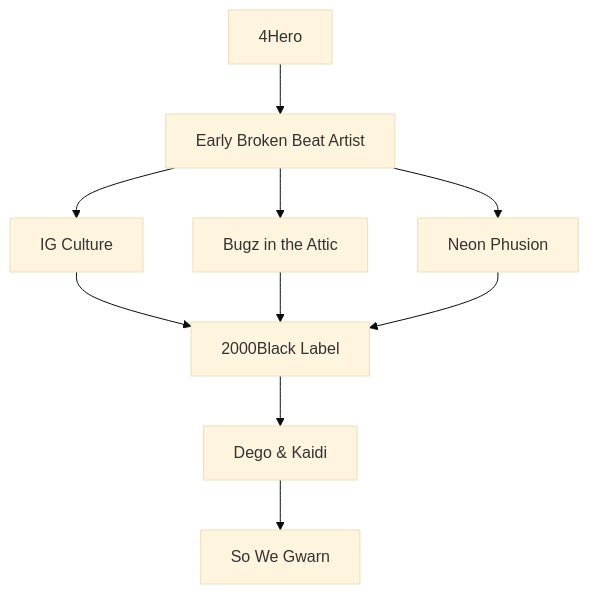
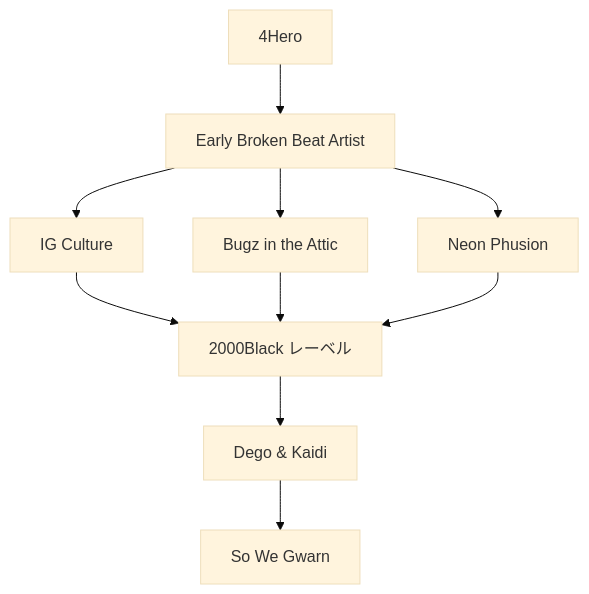
The first of 4 diagrams in en/_posts/2025-11-28-column-dego-kaidi-so-we-gwarn.md (monumental-movement/monumental-movement.github.io), drawn with Mermaid (base theme) before and after one commit. The commit also changed other lines of this file and 2196 other files, not shown here.

```diff
--- a/en/_posts/2025-11-28-column-dego-kaidi-so-we-gwarn.md
+++ b/en/_posts/2025-11-28-column-dego-kaidi-so-we-gwarn.md
@@ -33,10 +33,10 @@
 <div class="mermaid">
 flowchart TD
     A["4Hero"] --> B["Early Broken Beat Artist"]
     B --> C["IG Culture"]
     B --> D["Bugz in the Attic"]
     B --> E["Neon Phusion"]
-    C & D & E --> F["2000Black Label"]
+    C & D & E --> F["2000Black レーベル"]
     F --> G["Dego & Kaidi"]
     G --> H["So We Gwarn"]
 </div>
```
